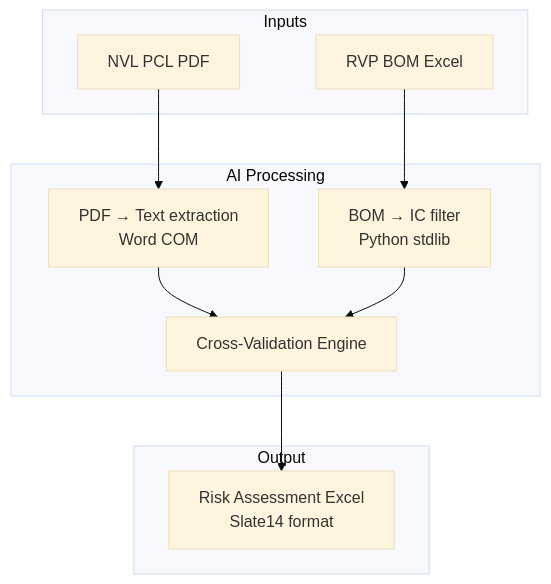
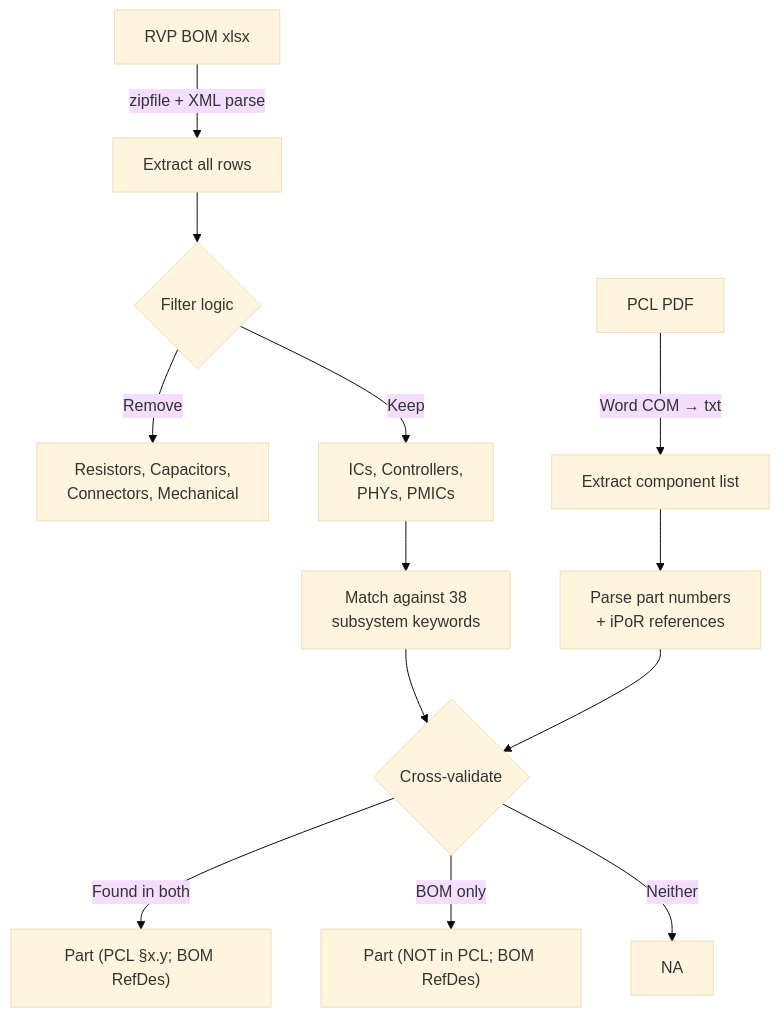
Before and after one commit to billhsie/BOM_Risk_Assessment: the diagram in .github/skills/bom-risk/README.md, drawn with Mermaid (base theme). The commit also changed other lines of this file and 3 other files, not shown here.

Commit message:
Redesign README: full showcase landing page with EN/CN, detailed diagrams

````diff
--- a/.github/skills/bom-risk/README.md
+++ b/.github/skills/bom-risk/README.md
@@ -64,19 +19,17 @@
 ```mermaid
 flowchart TD
-    subgraph Inputs
-        PCL[NVL PCL PDF]
-        BOM[RVP BOM Excel]
-    end
-    subgraph AI Processing
-        P1[PDF → Text extraction<br/>Word COM]
-        P2[BOM → IC filter<br/>Python stdlib]
-        V[Cross-Validation Engine]
-    end
-    subgraph Output
-        XL[Risk Assessment Excel<br/>Slate14 format]
-    end
-
-    PCL --> P1 --> V
-    BOM --> P2 --> V
-    V --> XL
+    A[RVP BOM xlsx] -->|zipfile + XML parse| B[Extract all rows]
+    B --> C{Filter logic}
+    C -->|Remove| D[Resistors, Capacitors,<br/>Connectors, Mechanical]
+    C -->|Keep| E[ICs, Controllers,<br/>PHYs, PMICs]
+    E --> F[Match against 38<br/>subsystem keywords]
+    
+    G[PCL PDF] -->|Word COM → txt| H[Extract component list]
+    H --> I[Parse part numbers<br/>+ iPoR references]
+    
+    F --> J{Cross-validate}
+    I --> J
+    J -->|Found in both| K["Part (PCL §x.y; BOM RefDes)"]
+    J -->|BOM only| L["Part (NOT in PCL; BOM RefDes)"]
+    J -->|Neither| M["NA"]
 ```
````
